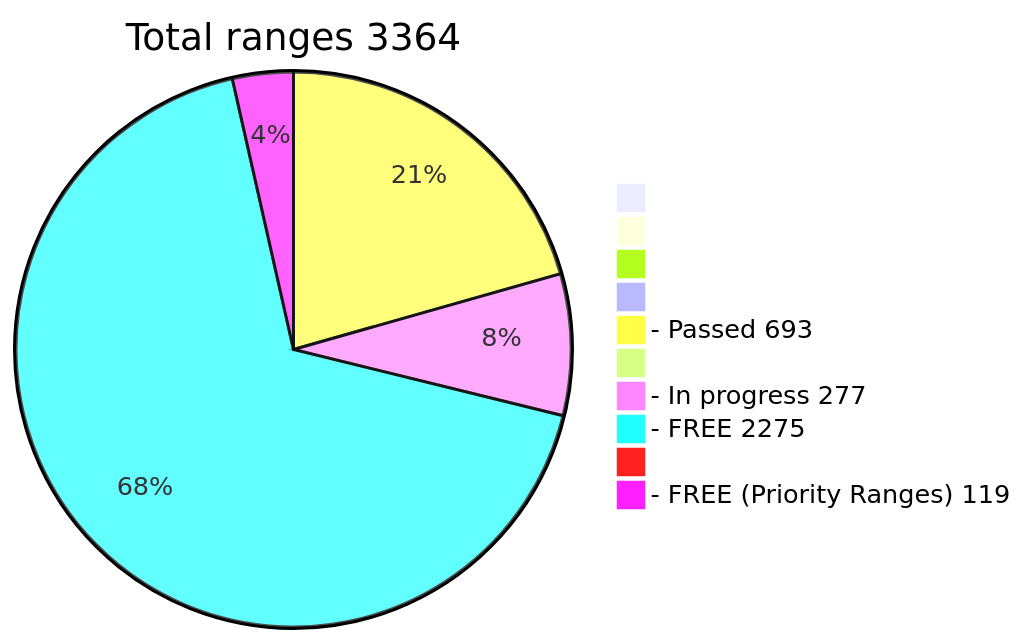
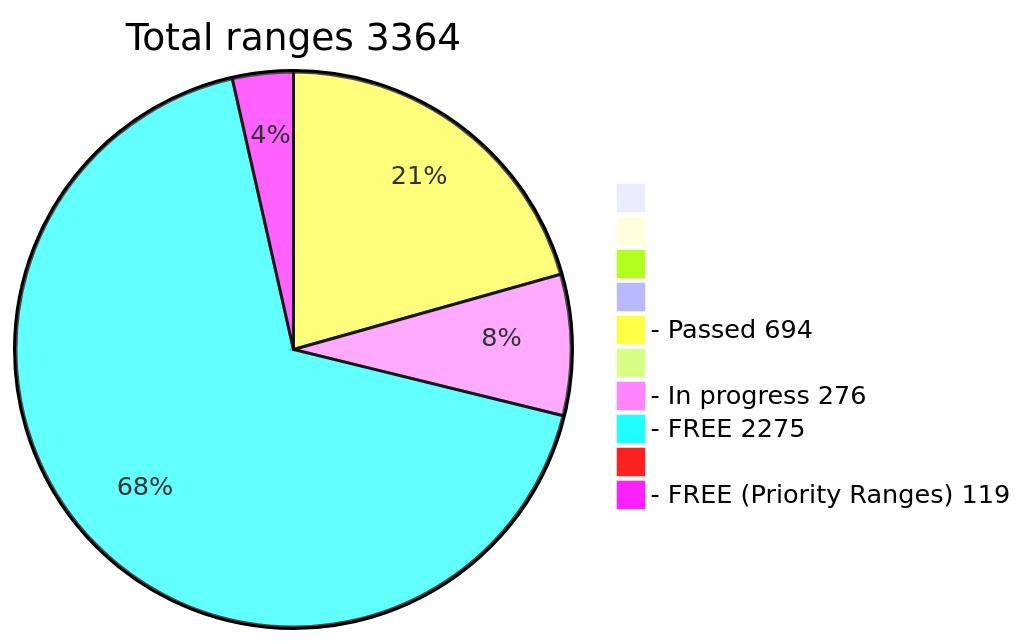
One commit to phrutis/wif500 changed the diagram in README.md. Above: the diagram before and after it, drawn with Mermaid.

````diff
--- a/README.md
+++ b/README.md
@@ -16,13 +16,13 @@
 ```mermaid
 pie title Total ranges 3364
              " " : 0
             "  " : 0
            "   " : 0
           "    " : 0
-  "- Passed 693" : 693
+  "- Passed 694" : 694
          "     " : 0
-  "- In progress 277" : 277
+  "- In progress 276" : 276
    "- FREE 2275" : 2275
         "      " : 0
   "- FREE (Priority Ranges) 119" : 119
 ```
````
